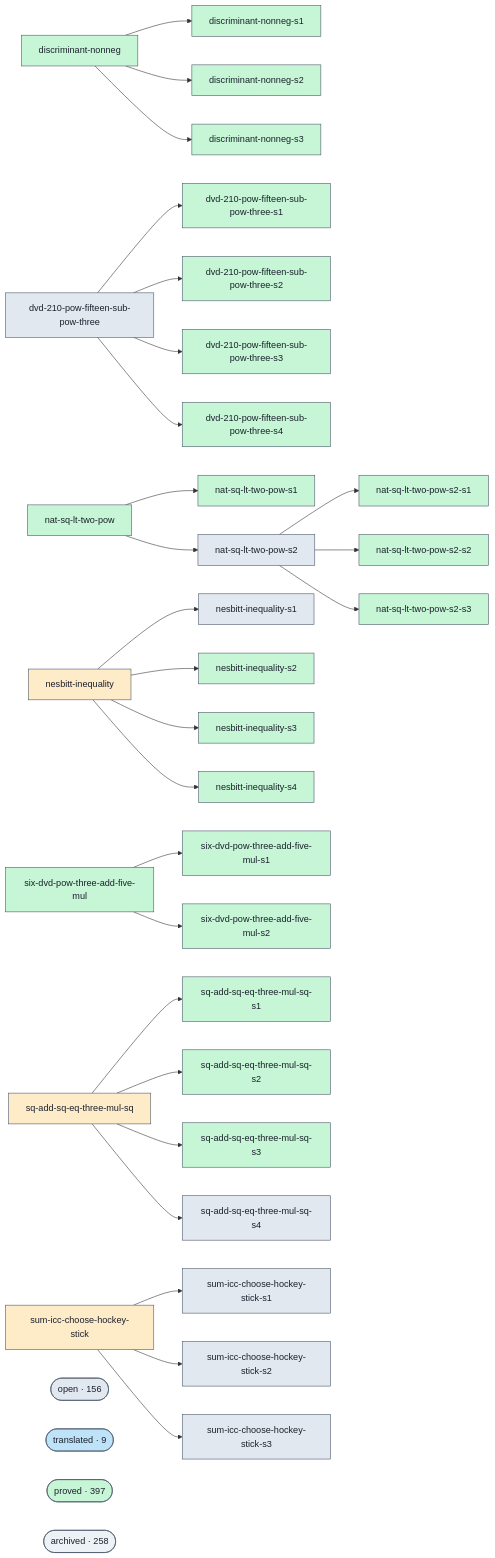
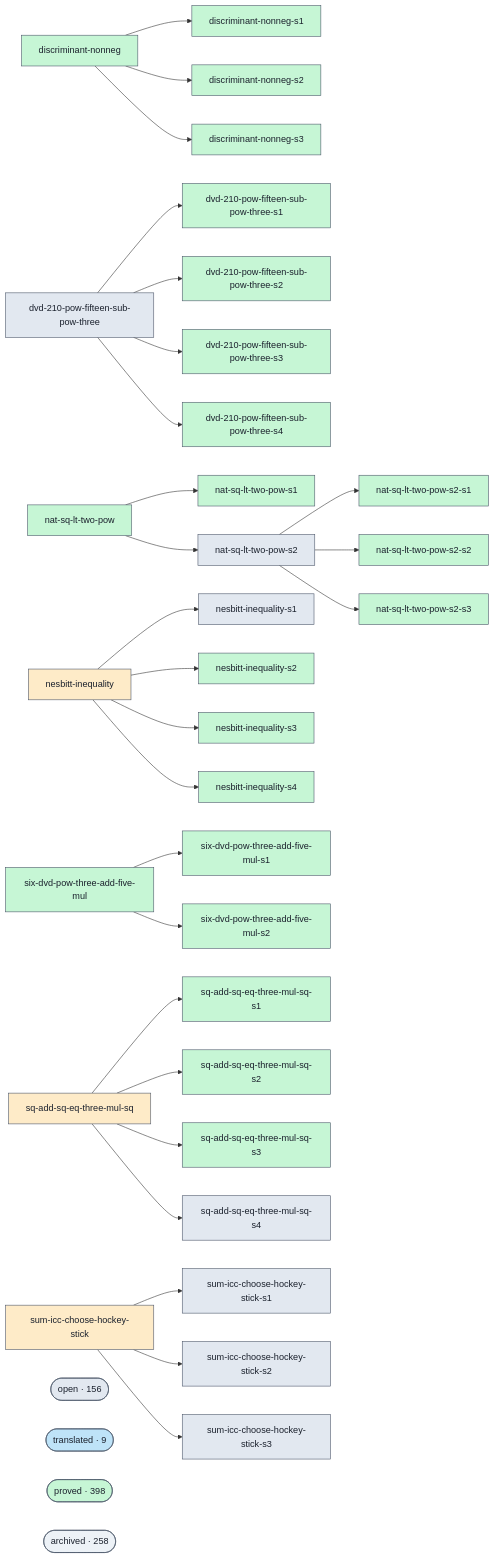
One commit to ohdearquant/unsorry changed the diagram in docs/proofs-contributors-visualisation.md. Above: the diagram before and after it, drawn with Mermaid. The commit also changed other lines of this file and 2 other files, not shown here.

```diff
--- a/docs/proofs-contributors-visualisation.md
+++ b/docs/proofs-contributors-visualisation.md
@@ -147,7 +147,7 @@
   class cluster_open open;
   cluster_translated(["translated · 9"])
   class cluster_translated translated;
-  cluster_proved(["proved · 397"])
+  cluster_proved(["proved · 398"])
   class cluster_proved proved;
   cluster_archived(["archived · 258"])
   class cluster_archived unknown;
```
